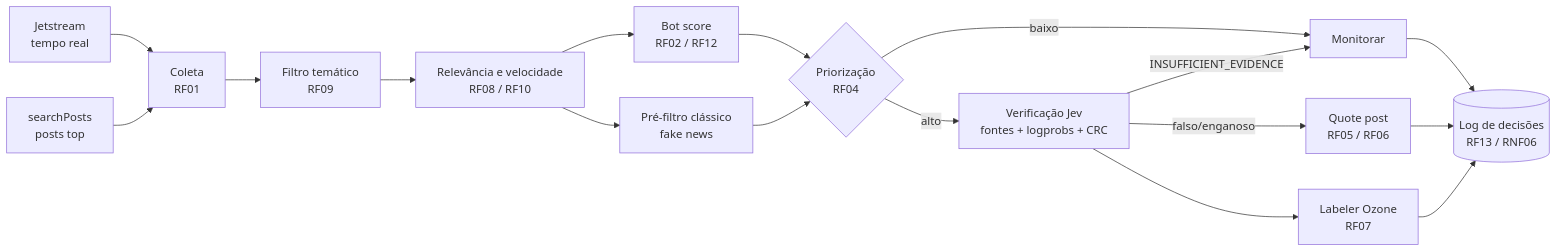
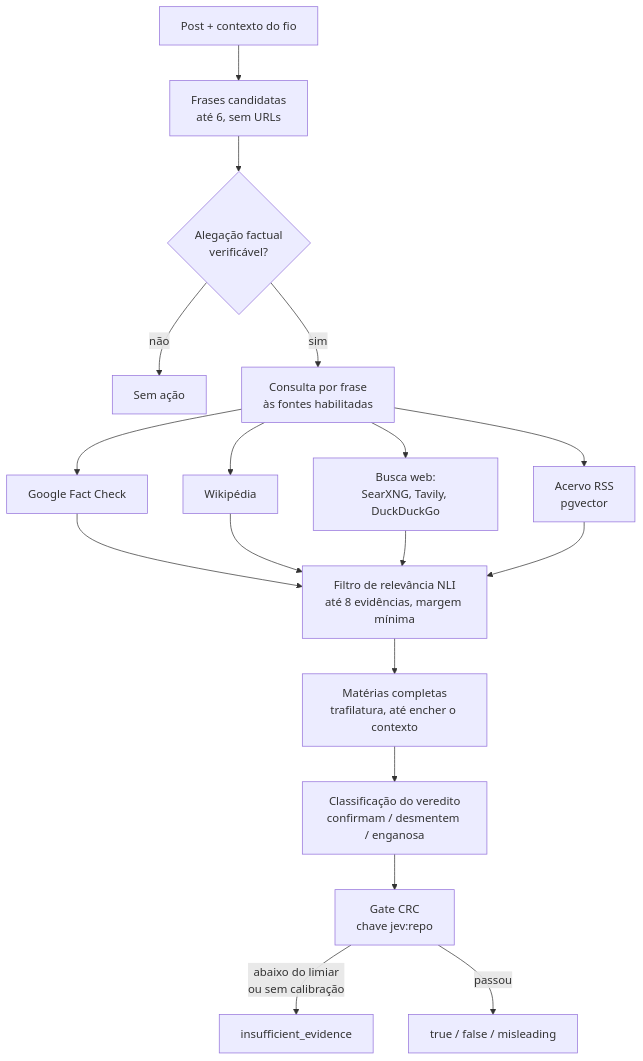
Before and after one commit to moonshinerd/ContrarIA: the fourth of 4 diagrams in docs/arquitetura/index.md, drawn with Mermaid. The commit also changed other lines of this file and 3 other files, not shown here.

````diff
--- a/docs/arquitetura/index.md
+++ b/docs/arquitetura/index.md
@@ -5,19 +140,17 @@
 ```mermaid
-flowchart LR
-    J[Jetstream<br/>tempo real] --> C[Coleta<br/>RF01]
-    S[searchPosts<br/>posts top] --> C
-    C --> T[Filtro temático<br/>RF09]
-    T --> R[Relevância e velocidade<br/>RF08 / RF10]
-    R --> B[Bot score<br/>RF02 / RF12]
-    R --> F[Pré-filtro clássico<br/>fake news]
-    B --> P{Priorização<br/>RF04}
-    F --> P
-    P -- baixo --> M[Monitorar]
-    P -- alto --> V[Verificação Jev<br/>fontes + logprobs + CRC]
-    V -- INSUFFICIENT_EVIDENCE --> M
-    V -- falso/enganoso --> I[Quote post<br/>RF05 / RF06]
-    V --> L[Labeler Ozone<br/>RF07]
-    I --> D[(Log de decisões<br/>RF13 / RNF06)]
-    L --> D
-    M --> D
+flowchart TD
+    P[Post + contexto do fio] --> S[Frases candidatas<br/>até 6, sem URLs]
+    S --> K{Alegação factual<br/>verificável?}
+    K -- não --> X[Sem ação]
+    K -- sim --> Q[Consulta por frase<br/>às fontes habilitadas]
+    Q --> E1[Google Fact Check]
+    Q --> E2[Wikipédia]
+    Q --> E3[Busca web:<br/>SearXNG, Tavily, DuckDuckGo]
+    Q --> E4[Acervo RSS<br/>pgvector]
+    E1 & E2 & E3 & E4 --> F[Filtro de relevância NLI<br/>até 8 evidências, margem mínima]
+    F --> M[Matérias completas<br/>trafilatura, até encher o contexto]
+    M --> C[Classificação do veredito<br/>confirmam / desmentem / enganosa]
+    C --> G[Gate CRC<br/>chave jev:repo]
+    G -- abaixo do limiar<br/>ou sem calibração --> I[insufficient_evidence]
+    G -- passou --> V[true / false / misleading]
 ```
````
